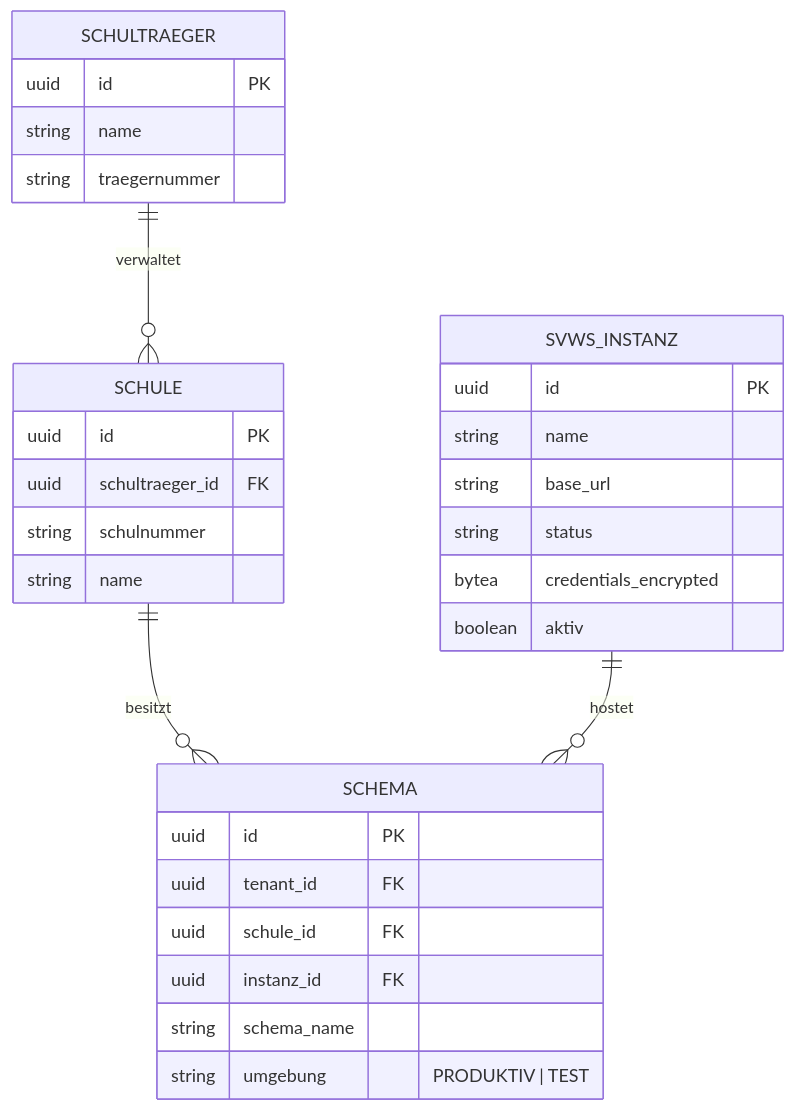
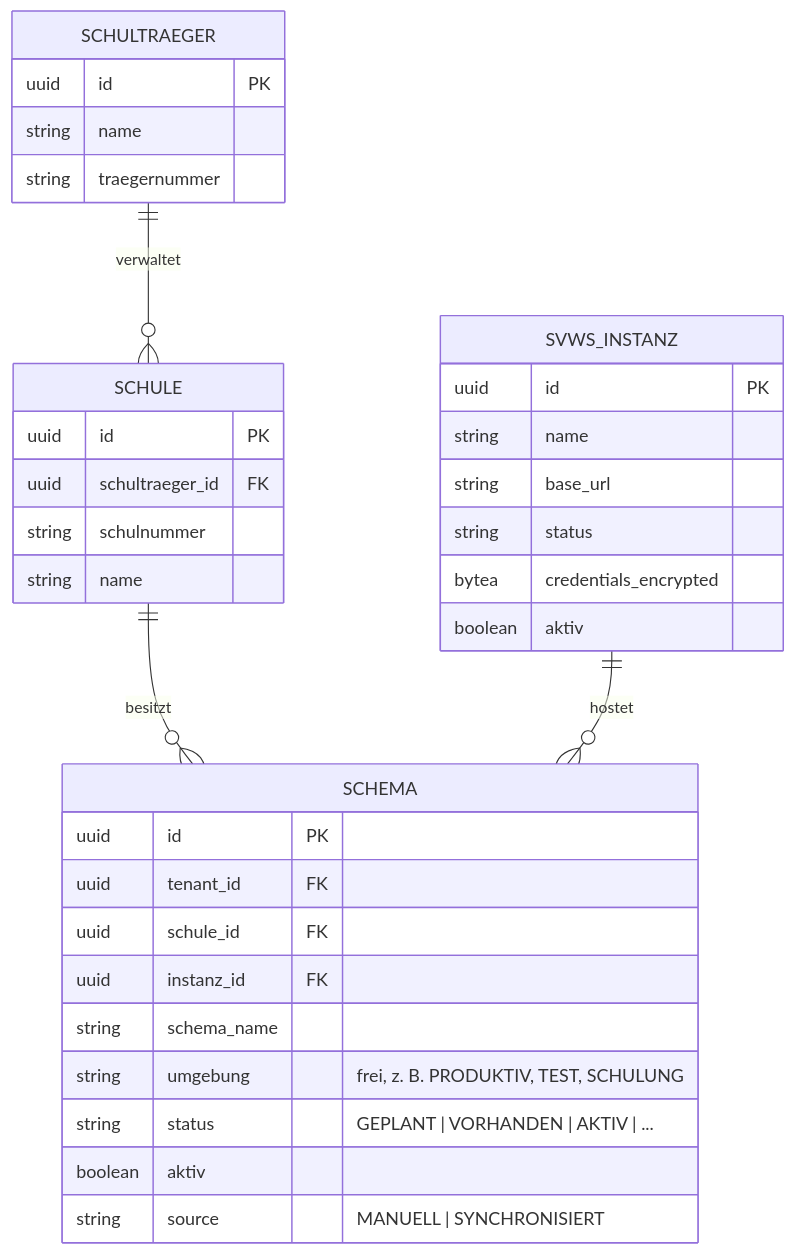
One commit to FPfotenhauer/SVWS-EduGate changed the third of 6 diagrams in architecture/ARCHITECTURE.md. Above: the diagram before and after it, drawn with Mermaid. The commit also changed other lines of this file and 35 other files, not shown here.

Commit message:
poc schemaverwaltung

````diff
--- a/architecture/ARCHITECTURE.md
+++ b/architecture/ARCHITECTURE.md
@@ -159,34 +159,37 @@
 ```mermaid
 erDiagram
     SCHULTRAEGER ||--o{ SCHULE : "verwaltet"
     SCHULE ||--o{ SCHEMA : "besitzt"
     SVWS_INSTANZ ||--o{ SCHEMA : "hostet"
 
     SCHULTRAEGER {
         uuid id PK
         string name
         string traegernummer
     }
     SCHULE {
         uuid id PK
         uuid schultraeger_id FK
         string schulnummer
         string name
     }
     SVWS_INSTANZ {
         uuid id PK
         string name
         string base_url
         string status
         bytea credentials_encrypted
         boolean aktiv
     }
     SCHEMA {
         uuid id PK
         uuid tenant_id FK
         uuid schule_id FK
         uuid instanz_id FK
         string schema_name
-        string umgebung "PRODUKTIV | TEST"
+        string umgebung "frei, z. B. PRODUKTIV, TEST, SCHULUNG"
+        string status "GEPLANT | VORHANDEN | AKTIV | ..."
+        boolean aktiv
+        string source "MANUELL | SYNCHRONISIERT"
     }
 ```
````
